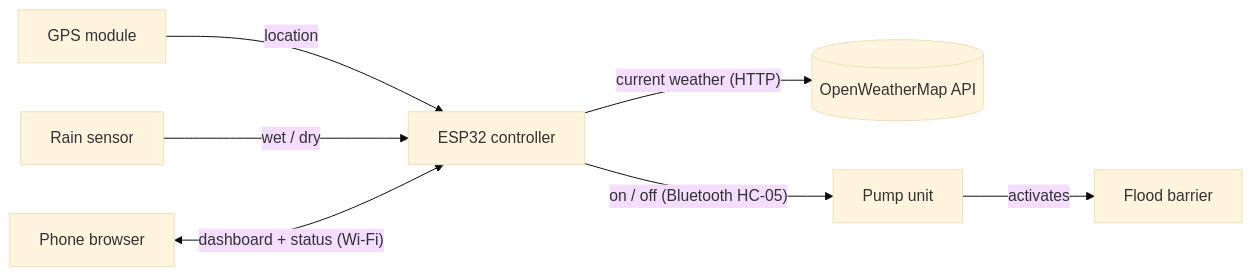
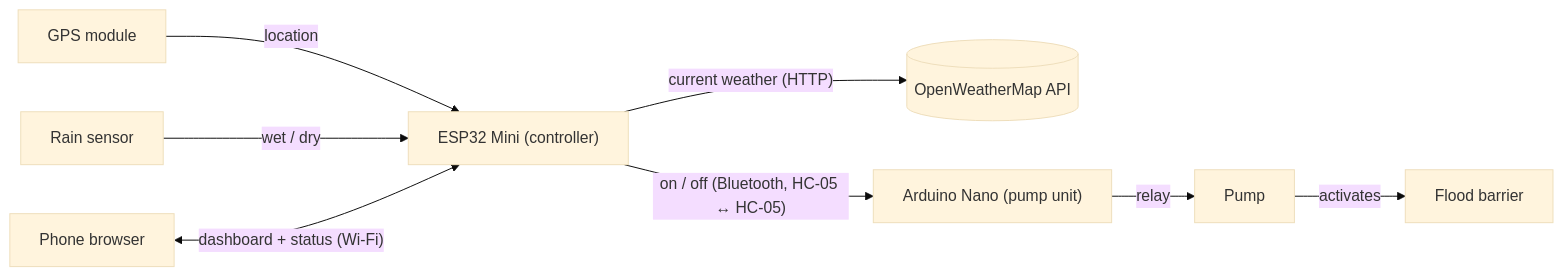
One commit to pqthangv/FloodBarrier changed the diagram in README.md. Above: the diagram before and after it, drawn with Mermaid (base theme). The commit also changed other lines of this file, not shown here.

Commit message:
Document controller and hardware

````diff
--- a/README.md
+++ b/README.md
@@ -29,9 +29,10 @@
 ```mermaid
 flowchart LR
-    gps["GPS module"] -->|location| esp["ESP32 controller"]
+    gps["GPS module"] -->|location| esp["ESP32 Mini (controller)"]
     rain["Rain sensor"] -->|wet / dry| esp
     esp -->|"current weather (HTTP)"| owm[("OpenWeatherMap API")]
     phone["Phone browser"] <-->|"dashboard + status (Wi-Fi)"| esp
-    esp -->|"on / off (Bluetooth HC-05)"| pump["Pump unit"]
+    esp -->|"on / off (Bluetooth, HC-05 ↔ HC-05)"| nano["Arduino Nano (pump unit)"]
+    nano -->|relay| pump["Pump"]
     pump -->|activates| barrier["Flood barrier"]
 ```
````
